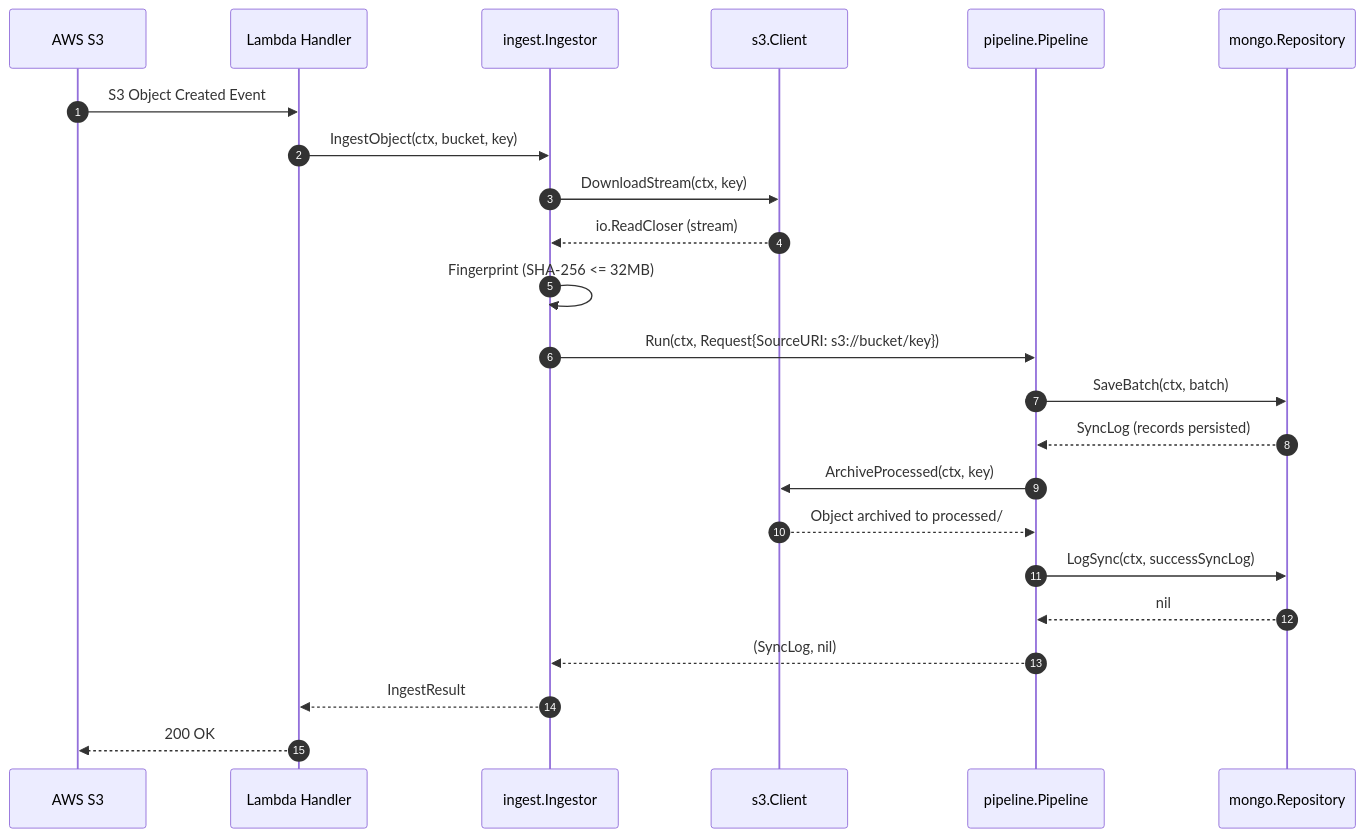
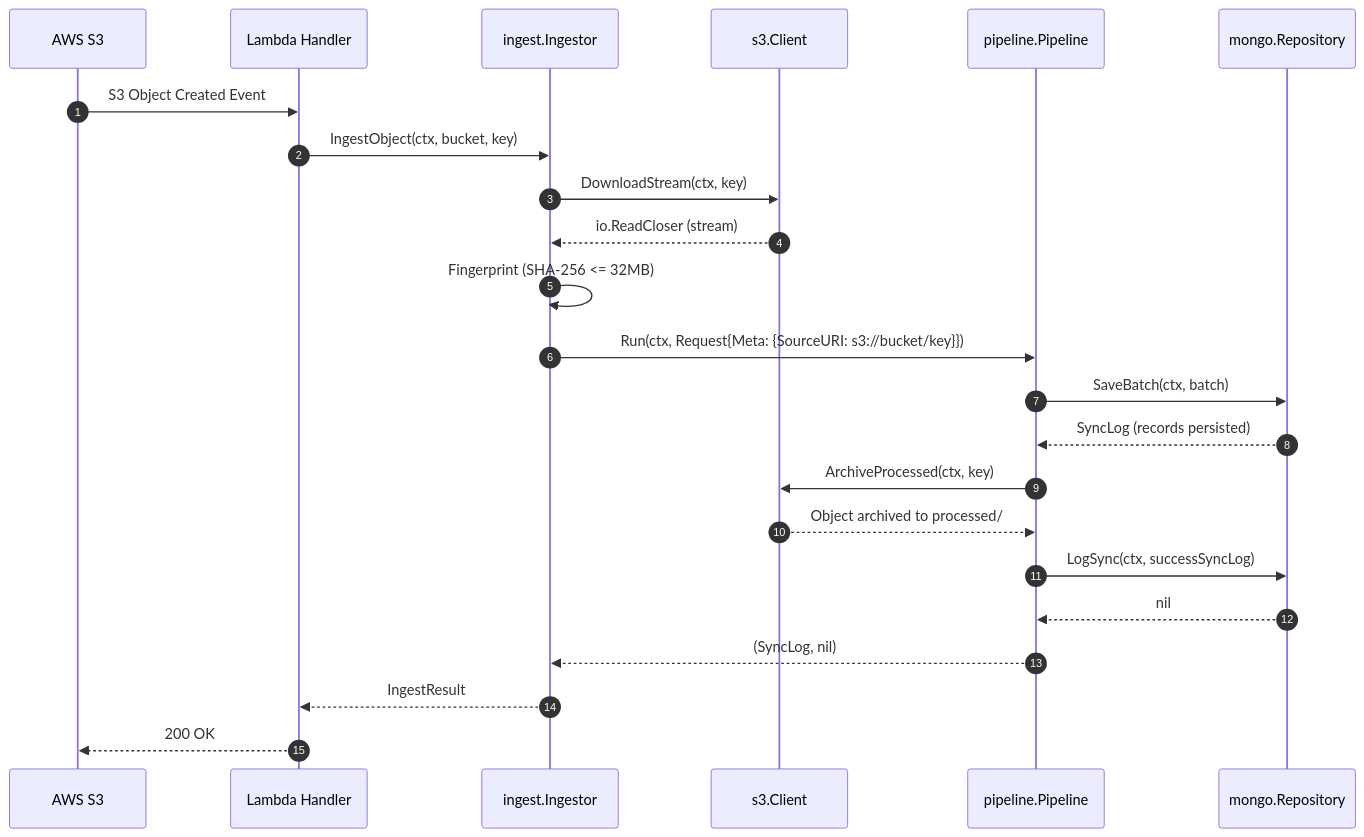
Before and after one commit to ajponte/babylon_data_loader: the first of 3 diagrams in docs/specs/hexagonal-application-pipeline.md, drawn with Mermaid. The commit also changed other lines of this file and 2 other files, not shown here.

````diff
--- a/docs/specs/hexagonal-application-pipeline.md
+++ b/docs/specs/hexagonal-application-pipeline.md
@@ -104,26 +161,26 @@
 ```mermaid
 sequenceDiagram
     autonumber
     participant S3 as AWS S3
     participant H as Lambda Handler
     participant I as ingest.Ingestor
     participant S3C as s3.Client
     participant P as pipeline.Pipeline
     participant R as mongo.Repository
 
     S3->>H: S3 Object Created Event
     H->>I: IngestObject(ctx, bucket, key)
     I->>S3C: DownloadStream(ctx, key)
     S3C-->>I: io.ReadCloser (stream)
     I->>I: Fingerprint (SHA-256 <= 32MB)
-    I->>P: Run(ctx, Request{SourceURI: s3://bucket/key})
+    I->>P: Run(ctx, Request{Meta: {SourceURI: s3://bucket/key}})
     P->>R: SaveBatch(ctx, batch)
     R-->>P: SyncLog (records persisted)
     P->>S3C: ArchiveProcessed(ctx, key)
     S3C-->>P: Object archived to processed/
     P->>R: LogSync(ctx, successSyncLog)
     R-->>P: nil
     P-->>I: (SyncLog, nil)
     I-->>H: IngestResult
     H-->>S3: 200 OK
 ```
````
